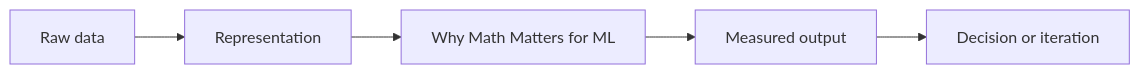
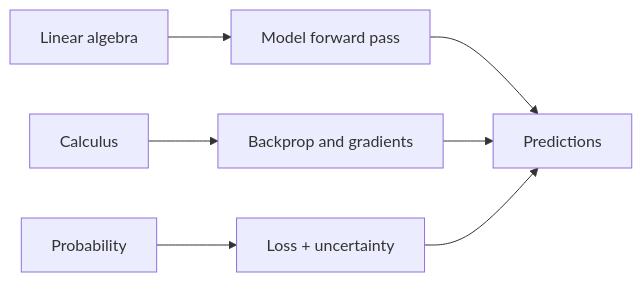
One commit to Icon1cc/Machine-Learning changed the diagram in math/01-why-math-matters-for-ml.md. Above: the diagram before and after it, drawn with Mermaid. The commit also changed other lines of this file and 264 other files, not shown here.

````diff
--- a/math/01-why-math-matters-for-ml.md
+++ b/math/01-why-math-matters-for-ml.md
@@ -92,7 +54,9 @@
 ```mermaid
 flowchart LR
-    A[Raw data] --> B[Representation]
-    B --> C[Why Math Matters for ML]
-    C --> D[Measured output]
-    D --> E[Decision or iteration]
+    LA[Linear algebra] --> M[Model forward pass]
+    C[Calculus] --> Bp[Backprop and gradients]
+    P[Probability] --> L[Loss + uncertainty]
+    M --> R[Predictions]
+    Bp --> R
+    L --> R
 ```
````
